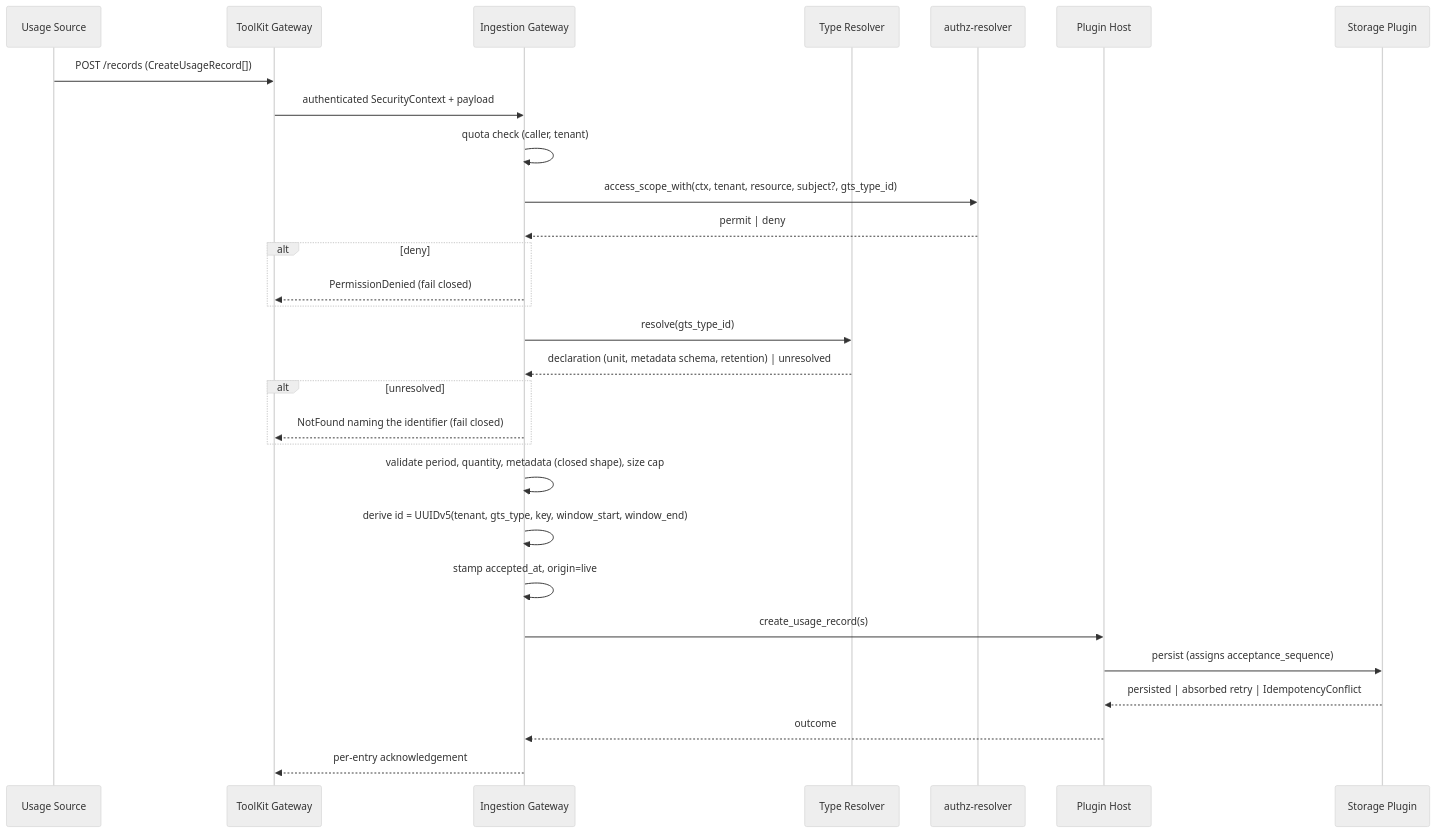
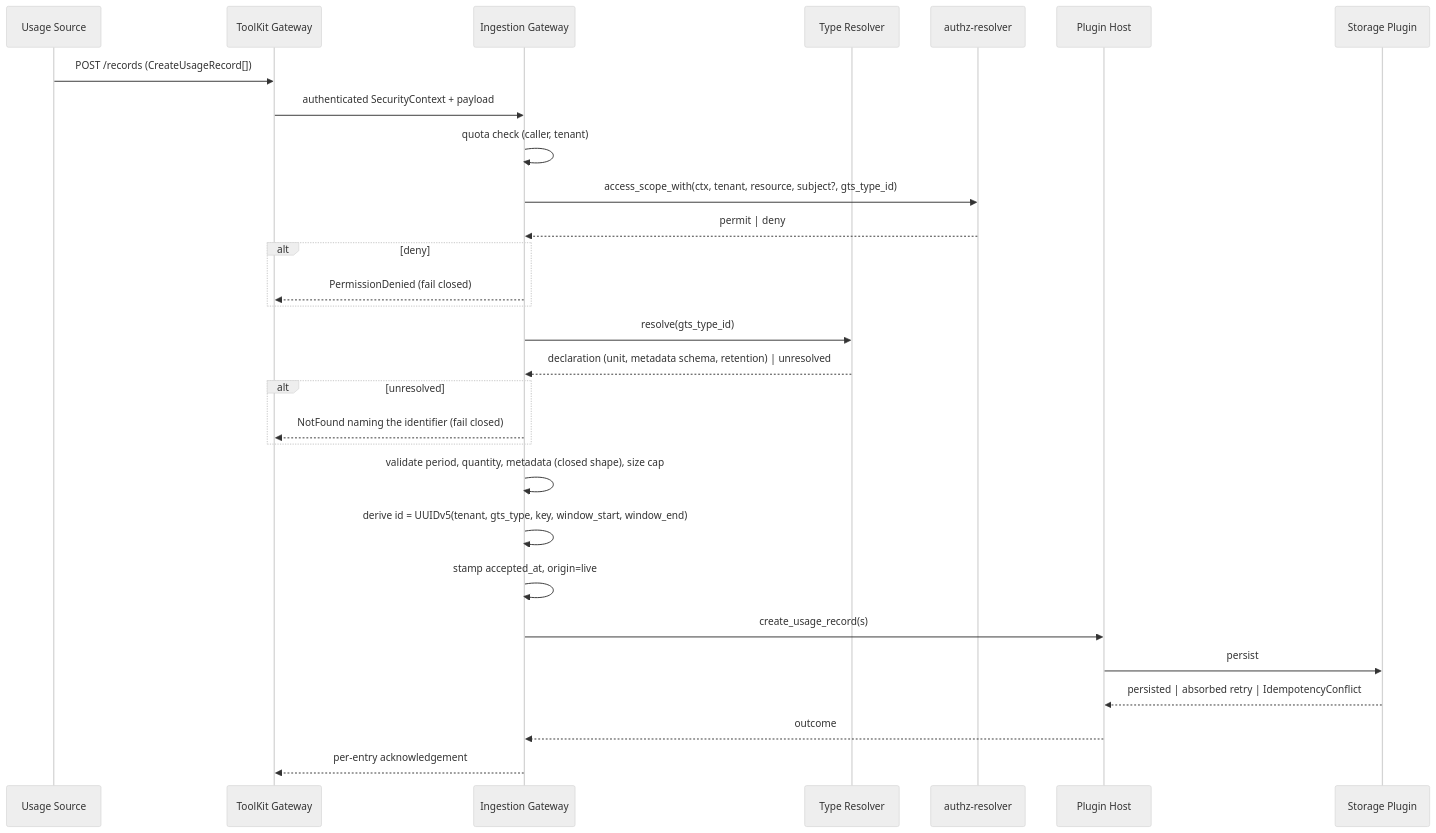
Before and after one commit to capybutler/gears-rust: the third of 8 diagrams in gears/system/usage-collector/docs/DESIGN.md, drawn with Mermaid (neutral theme). The commit also changed other lines of this file and 9 other files, not shown here.

````diff
--- a/gears/system/usage-collector/docs/DESIGN.md
+++ b/gears/system/usage-collector/docs/DESIGN.md
@@ -1357,32 +1372,32 @@
 ```mermaid
 sequenceDiagram
     participant S as Usage Source
     participant GW as ToolKit Gateway
     participant IG as Ingestion Gateway
     participant TR as Type Resolver
     participant PDP as authz-resolver
     participant PH as Plugin Host
     participant P as Storage Plugin
 
     S->>GW: POST /records (CreateUsageRecord[])
     GW->>IG: authenticated SecurityContext + payload
     IG->>IG: quota check (caller, tenant)
     IG->>PDP: access_scope_with(ctx, tenant, resource, subject?, gts_type_id)
     PDP-->>IG: permit | deny
     alt deny
         IG-->>GW: PermissionDenied (fail closed)
     end
     IG->>TR: resolve(gts_type_id)
     TR-->>IG: declaration (unit, metadata schema, retention) | unresolved
     alt unresolved
         IG-->>GW: NotFound naming the identifier (fail closed)
     end
     IG->>IG: validate period, quantity, metadata (closed shape), size cap
     IG->>IG: derive id = UUIDv5(tenant, gts_type, key, window_start, window_end)
     IG->>IG: stamp accepted_at, origin=live
     IG->>PH: create_usage_record(s)
-    PH->>P: persist (assigns acceptance_sequence)
+    PH->>P: persist
     P-->>PH: persisted | absorbed retry | IdempotencyConflict
     PH-->>IG: outcome
     IG-->>GW: per-entry acknowledgement
 ```
````
